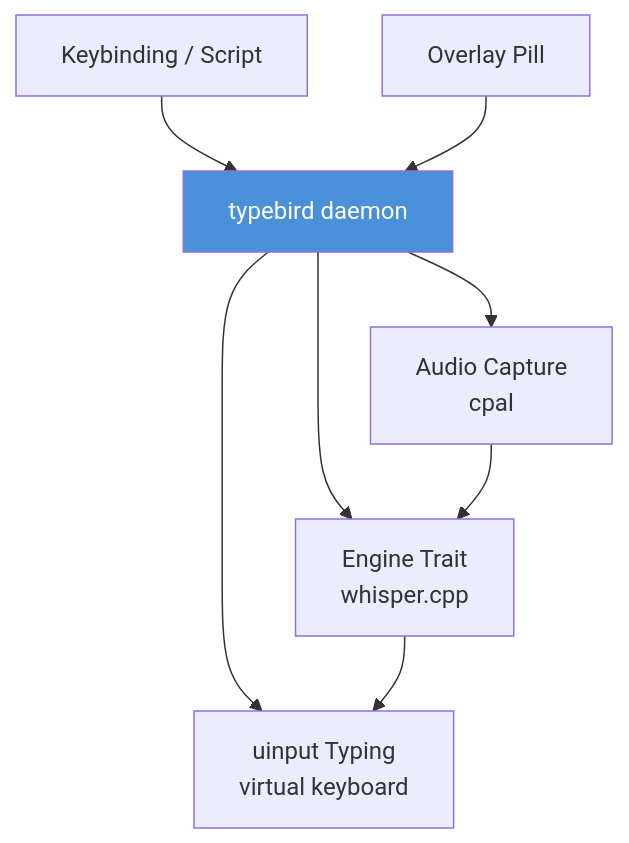
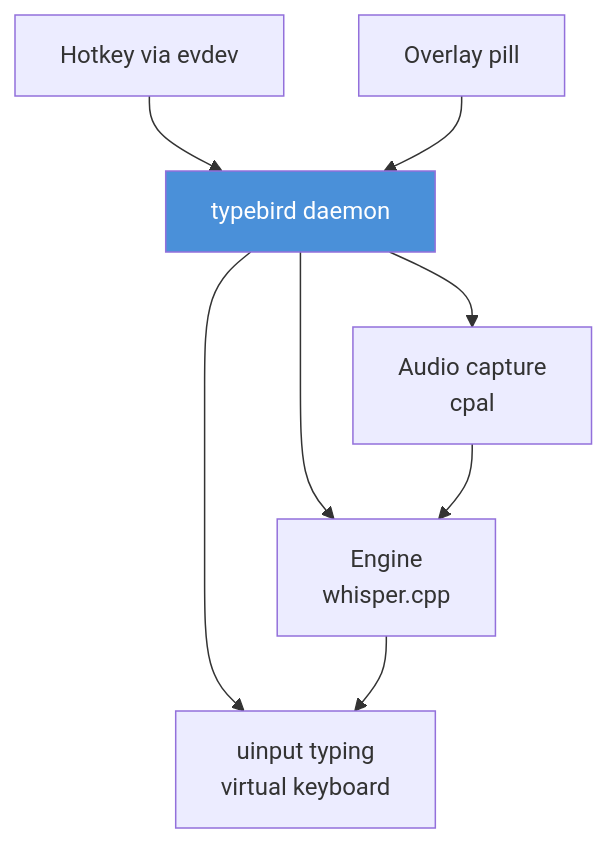
The diagram in README.md (Sran012/typebird), drawn with Mermaid before and after one commit. The commit also changed other lines of this file and 2 other files, not shown here.

````diff
--- a/README.md
+++ b/README.md
@@ -36,11 +51,11 @@
 ```mermaid
 graph TD
-    A[Keybinding / Script] --> B[typebird daemon]
-    C[Overlay Pill] --> B
-    B --> D[Audio Capture<br/>cpal]
-    B --> E[Engine Trait<br/>whisper.cpp]
-    B --> F[uinput Typing<br/>virtual keyboard]
+    A[Hotkey via evdev] --> B[typebird daemon]
+    C[Overlay pill] --> B
+    B --> D[Audio capture<br/>cpal]
+    B --> E[Engine<br/>whisper.cpp]
+    B --> F[uinput typing<br/>virtual keyboard]
     D --> E
     E --> F
     style B fill:#4a90d9,color:#fff
 ```
````
